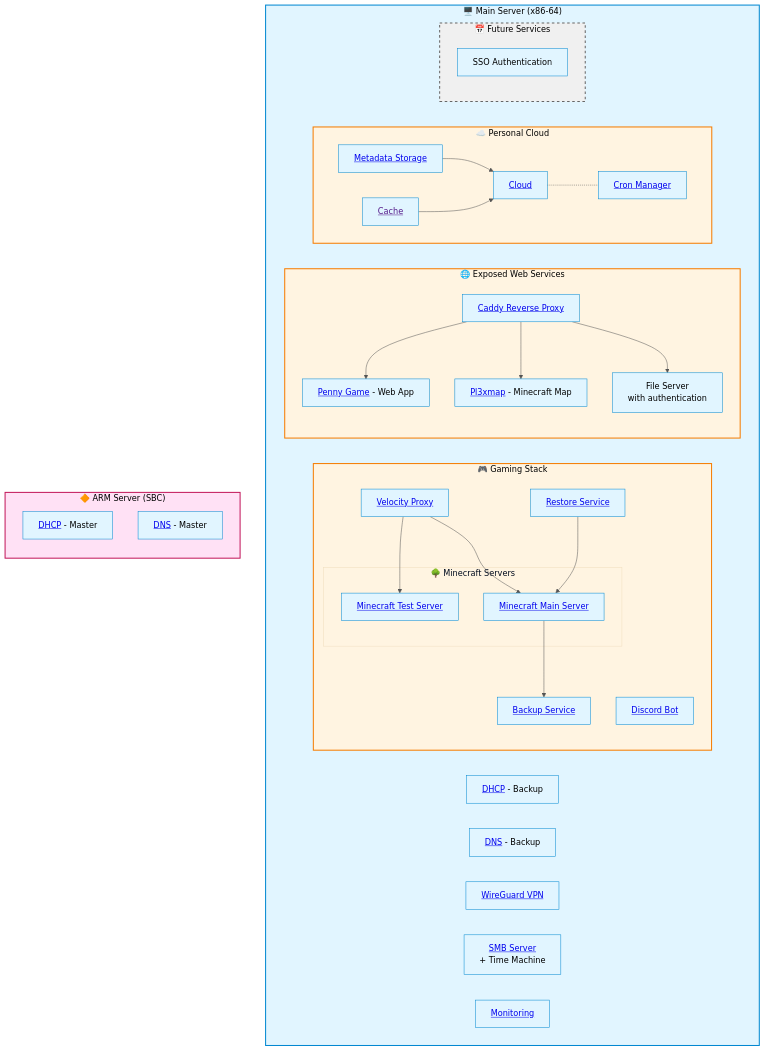
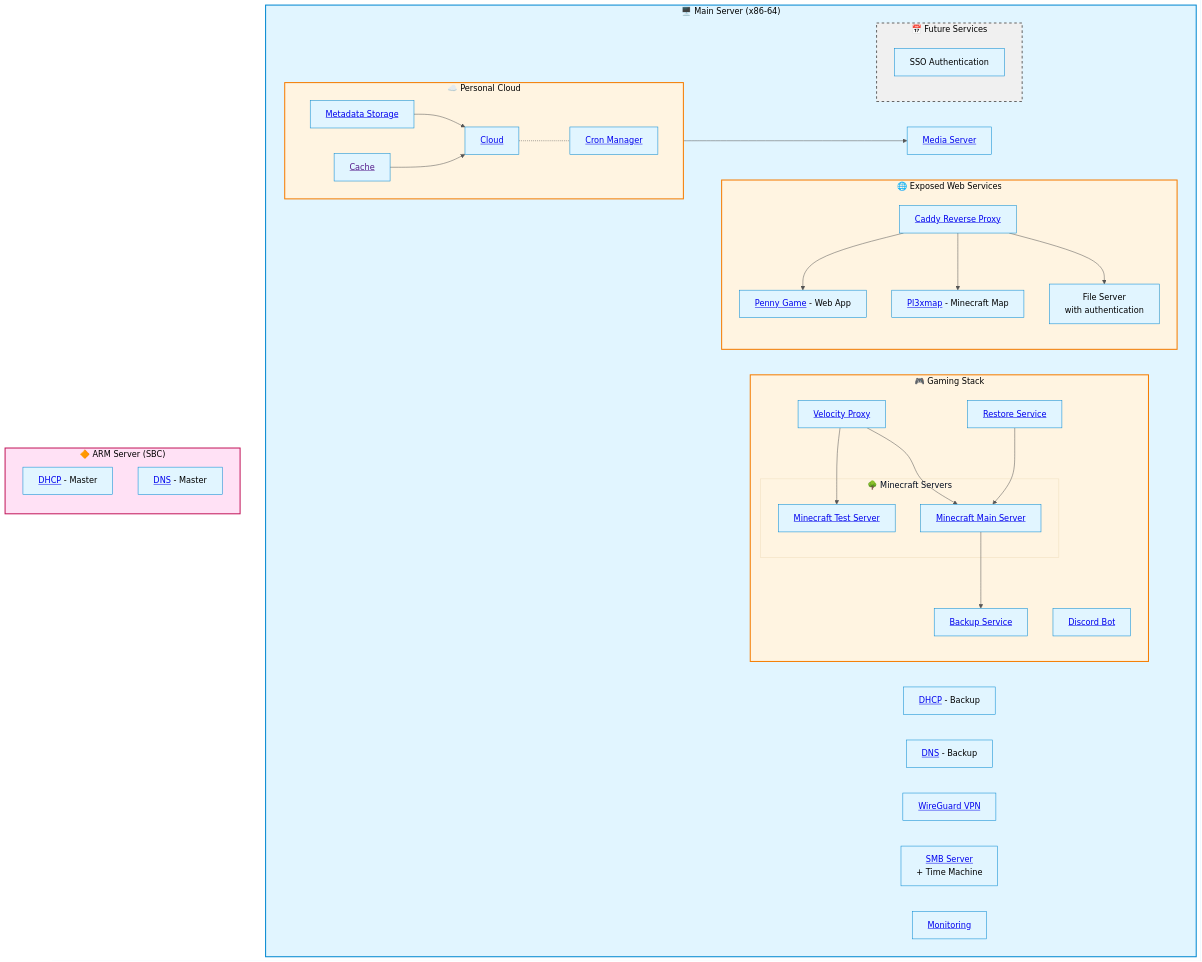
One commit to VVHome/homelab-infrastructure changed the second of 4 diagrams in README.md. Above: the diagram before and after it, drawn with Mermaid.

Commit message:
Add JellyFin Media Server to services diagram and update data flow

````diff
--- a/README.md
+++ b/README.md
@@ -44,70 +44,72 @@
 ```mermaid
 %%{init: {'theme':'base', 'themeVariables': { 'primaryColor':'#e1f5ff','primaryTextColor':'#000','primaryBorderColor':'#0288d1','lineColor':'#555','secondaryColor':'#ffe1f5','tertiaryColor':'#fff4e1','noteTextColor':'#000'}}}%%
 graph 
     subgraph Server1["🖥️ Main Server (x86-64)"]
         direction LR
         D1[<a href="https://gitlab.isc.org/isc-projects/kea">DHCP</a> - Backup]
         D2[<a href="https://github.com/AdguardTeam/AdGuardHome">DNS</a> - Backup]
         D8[<a href="https://github.com/wg-easy/wg-easy">WireGuard VPN</a>]
         D9[<a href="https://gitlab.com/samba-team/samba">SMB Server</a><br/>+ Time Machine]
         D10[<a href="https://github.com/louislam/uptime-kuma">Monitoring</a>]
+        JellyFin[<a href="https://github.com/jellyfin/jellyfin">Media Server</a>]
 
         subgraph MC_Stack["🎮 Gaming Stack"]
             D4[<a href="https://github.com/papermc/velocity">Velocity Proxy</a>]
             D5[<a href="https://github.com/Vianpyro/OxideVault">Discord Bot</a>]
             D6[<a href="https://github.com/itzg/docker-mc-backup">Backup Service</a>]
             D7[<a href="https://github.com/itzg/docker-mc-backup">Restore Service</a>]
 
             subgraph Services2["🌳 Minecraft Servers"]
                 M1[<a href="https://github.com/itzg/docker-minecraft-server">Minecraft Test Server</a>]
                 M2[<a href="https://github.com/itzg/docker-minecraft-server">Minecraft Main Server</a>]
             end
         end
 
         subgraph Services1["🌐 Exposed Web Services"]
             D3[<a href="https://github.com/caddyserver/caddy">Caddy Reverse Proxy</a>]
             W1[<a href="https://github.com/Vianpyro/Penny-Game">Penny Game</a> - Web App]
             W2[<a href="https://github.com/granny/Pl3xMap">Pl3xmap</a> - Minecraft Map]
             W3[File Server<br/>with authentication]
         end
 
         subgraph NC_Stack["☁️ Personal Cloud"]
             direction LR
             MariaDB[<a href="https://github.com/MariaDB/mariadb-docker">Metadata Storage</a>]
             Redis[<a href="">Cache</a>]
             Cloud[<a href="https://github.com/nextcloud/all-in-one">Cloud</a>]
             CronManager[<a href="https://github.com/nextcloud/all-in-one">Cron Manager</a>]
         end
 
         subgraph Future["📅 Future Services"]
             F1[SSO Authentication]
         end
     end
     
     subgraph Server2["🔶 ARM Server (SBC)"]
         direction TB
         O1[<a href="https://gitlab.isc.org/isc-projects/kea">DHCP</a> - Master]
         O2[<a href="https://github.com/AdguardTeam/AdGuardHome">DNS</a> - Master]
     end
     
     D3 --> W1
     D3 --> W2
     D3 --> W3
 
     D4 --> M1
     D4 --> M2
     
     M2 --> D6
     D7 --> M2
 
     MariaDB --> Cloud
     Redis --> Cloud
     Cloud -.- CronManager
+    Cloud --> JellyFin
 
     style Server1 fill:#e1f5ff,stroke:#0288d1,stroke-width:2px,color:#000
     style Server2 fill:#ffe1f5,stroke:#c2185b,stroke-width:2px,color:#000
     style Services1 fill:#fff4e1,stroke:#f57c00,stroke-width:2px,color:#000
     style MC_Stack fill:#fff4e1,stroke:#f57c00,stroke-width:2px,color:#000
     style NC_Stack fill:#fff4e1,stroke:#f57c00,stroke-width:2px,color:#000
     style Future fill:#f0f0f0,stroke:#666,stroke-width:2px,stroke-dasharray: 5 5,color:#000
 ```
````
